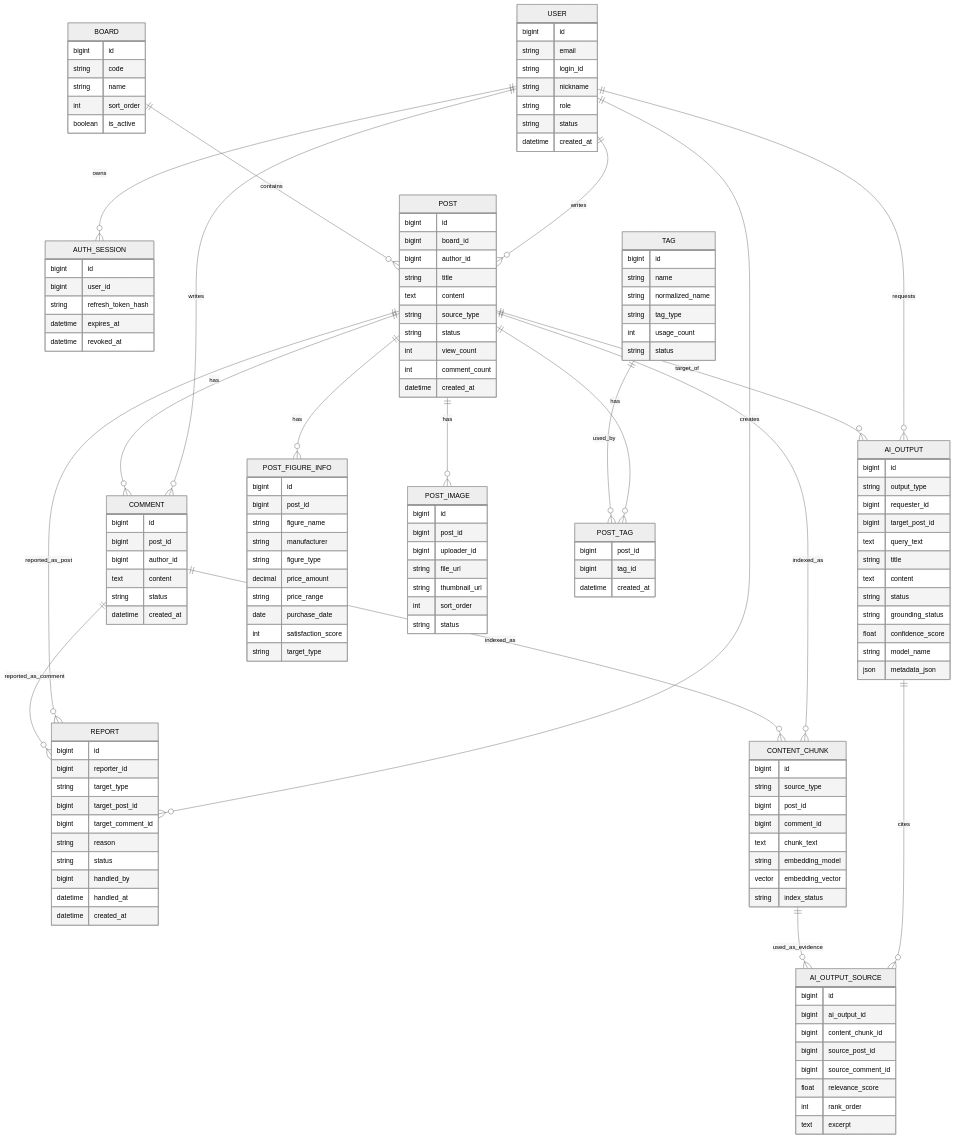
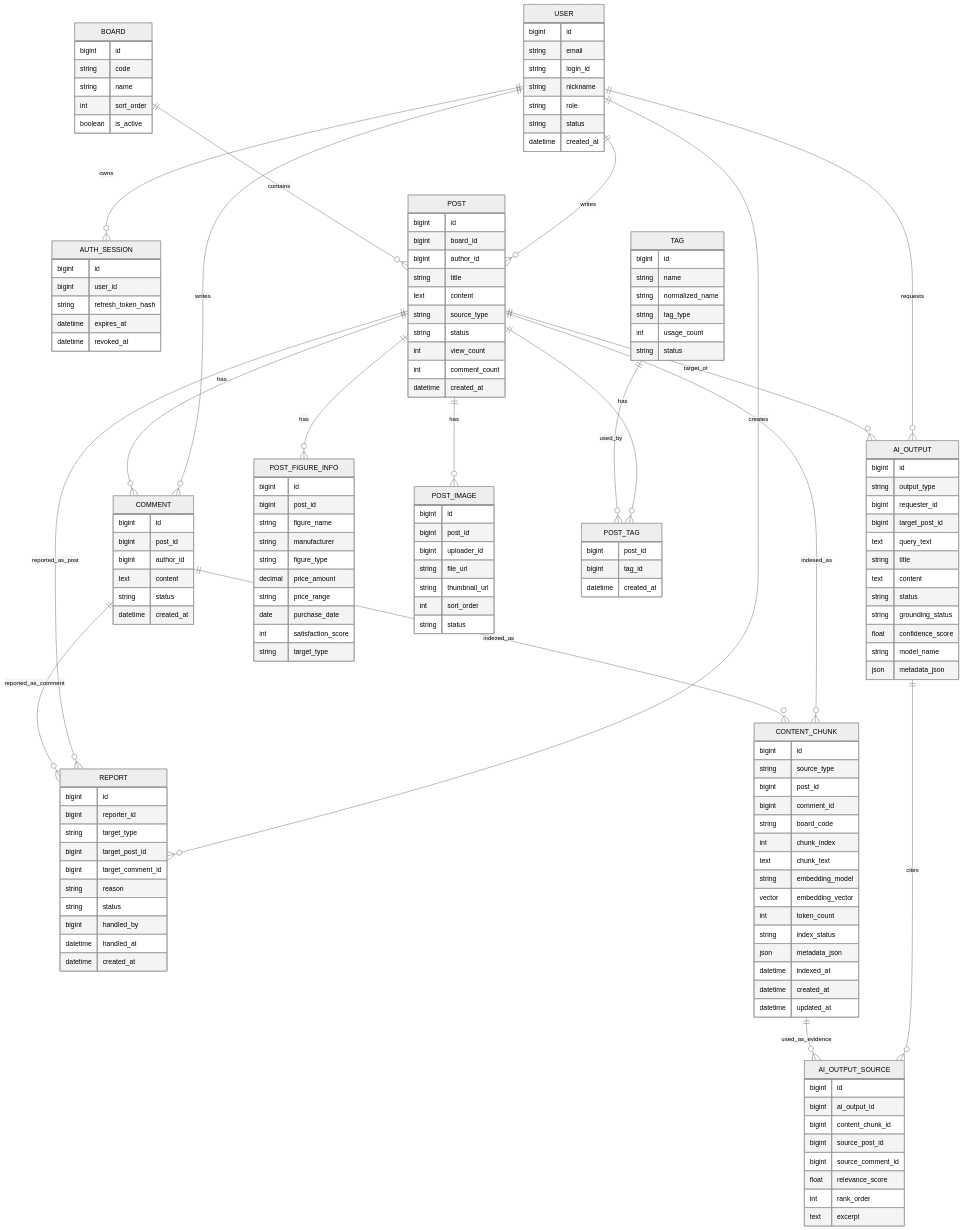
Before and after one commit to Soldbone/AI-board: the diagram in yoonji/docs/database/schema-design.md, drawn with Mermaid (neutral theme). The commit also changed other lines of this file and 4 other files, not shown here.

```diff
--- a/yoonji/docs/database/schema-design.md
+++ b/yoonji/docs/database/schema-design.md
@@ -668,10 +675,17 @@
       string source_type
       bigint post_id
       bigint comment_id
+      string board_code
+      int chunk_index
       text chunk_text
       string embedding_model
       vector embedding_vector
+      int token_count
       string index_status
+      json metadata_json
+      datetime indexed_at
+      datetime created_at
+      datetime updated_at
     }
 
     AI_OUTPUT {
```
